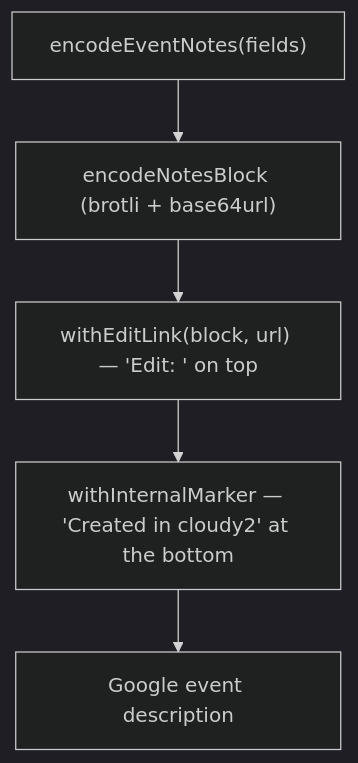
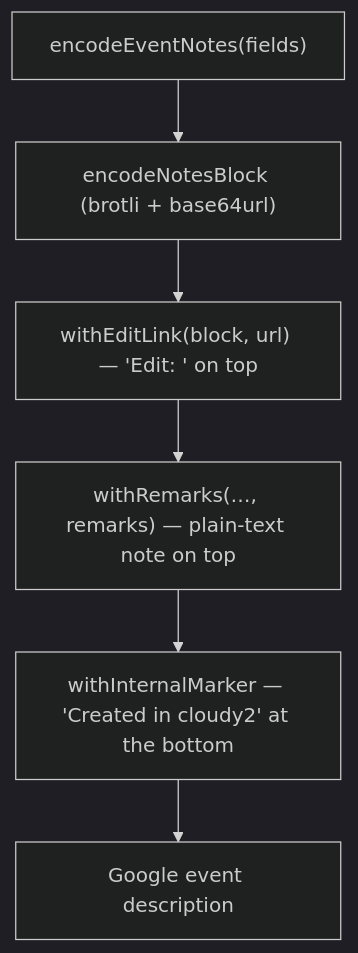
The fifth of 7 diagrams in docs/event-lifecycle.md (oncloudnintynineone-source/cloudy2), drawn with Mermaid (dark theme) before and after one commit. The commit also changed other lines of this file and 22 other files, not shown here.

````diff
--- a/docs/event-lifecycle.md
+++ b/docs/event-lifecycle.md
@@ -682,7 +706,8 @@
 ```mermaid
 flowchart TB
  N["encodeEventNotes(fields)"] --> B["encodeNotesBlock (brotli + base64url)"]
  B --> E["withEditLink(block, url) — 'Edit: <url>' on top"]
- E --> M["withInternalMarker — 'Created in cloudy2' at the bottom"]
+ E --> R["withRemarks(…, remarks) — plain-text note on top"]
+ R --> M["withInternalMarker — 'Created in cloudy2' at the bottom"]
  M --> D["Google event description"]
 ```
````
